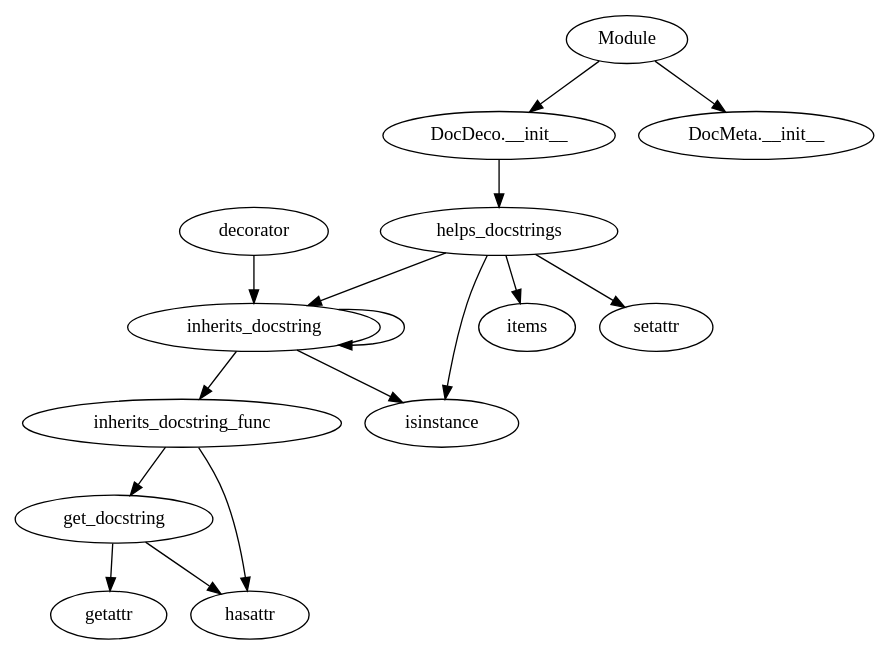
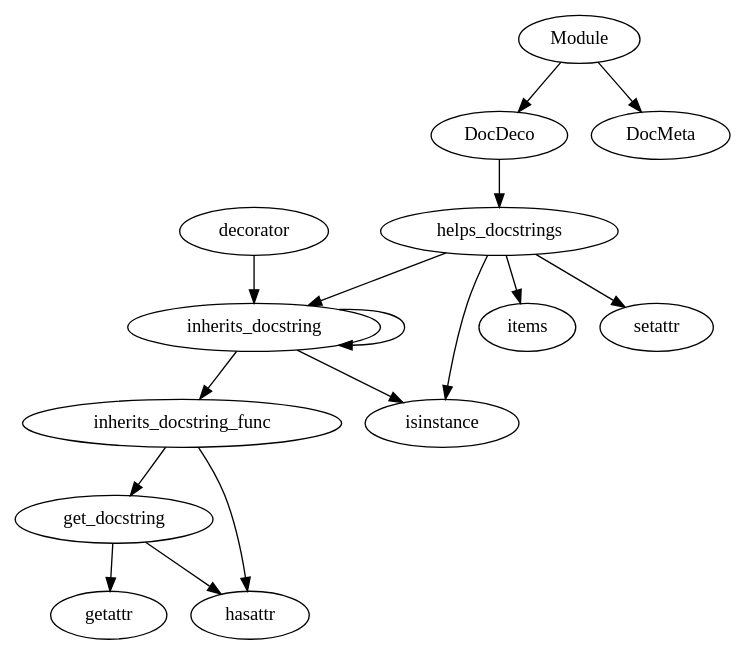
One commit to JordanCoyne97/Final_Year_Project changed the diagram in CallGraph_dots/InheritFuncDocStrings.dot. Above: the diagram before and after it, drawn with Graphviz. The commit also changed 79 other files, not shown here.

```diff
--- a/CallGraph_dots/InheritFuncDocStrings.dot
+++ b/CallGraph_dots/InheritFuncDocStrings.dot
@@ -1,30 +1,30 @@
 digraph  {
 get_docstring;
 getattr;
 hasattr;
 inherits_docstring_func;
 decorator;
 inherits_docstring;
 isinstance;
 helps_docstrings;
 items;
 setattr;
 Module;
-"DocDeco.__init__";
-"DocMeta.__init__";
+DocDeco;
+DocMeta;
 get_docstring -> getattr;
 get_docstring -> hasattr;
 inherits_docstring_func -> get_docstring;
 inherits_docstring_func -> hasattr;
 decorator -> inherits_docstring;
 inherits_docstring -> isinstance;
 inherits_docstring -> inherits_docstring;
 inherits_docstring -> inherits_docstring_func;
 helps_docstrings -> items;
 helps_docstrings -> isinstance;
 helps_docstrings -> inherits_docstring;
 helps_docstrings -> setattr;
-Module -> "DocDeco.__init__";
-Module -> "DocMeta.__init__";
-"DocDeco.__init__" -> helps_docstrings;
+Module -> DocDeco;
+Module -> DocMeta;
+DocDeco -> helps_docstrings;
 }
```
